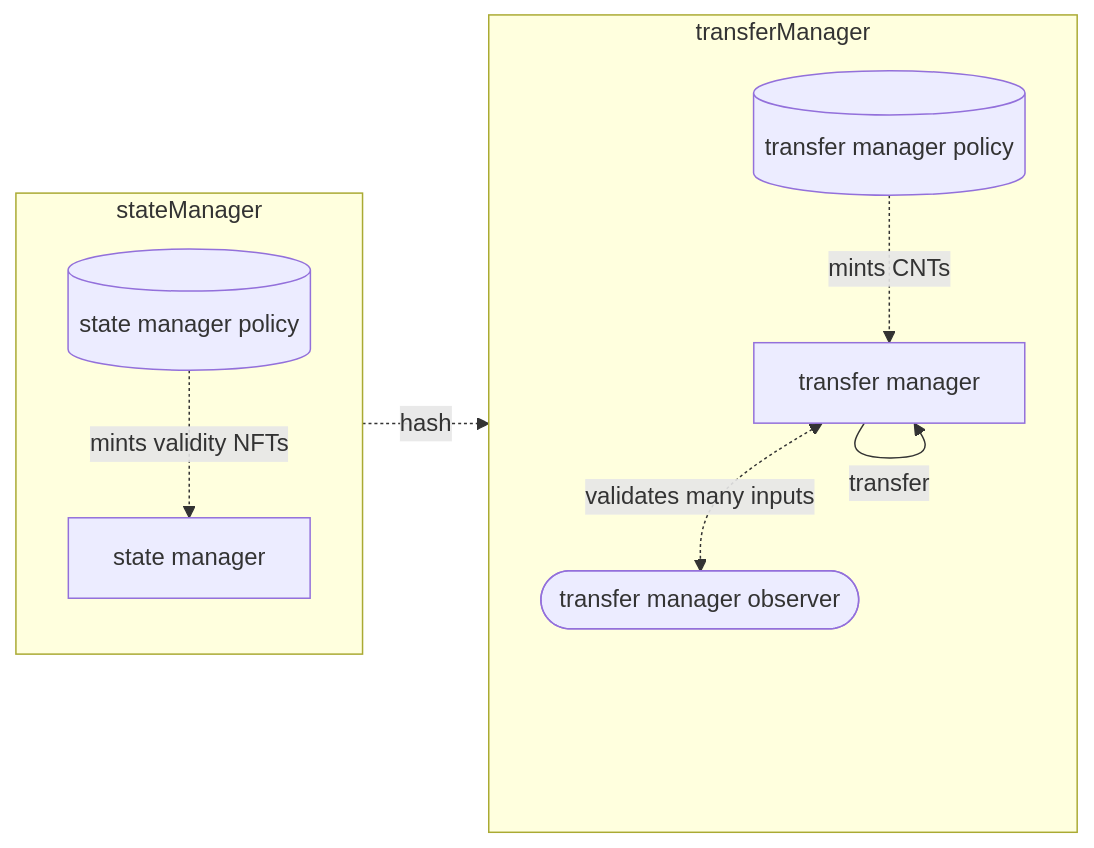
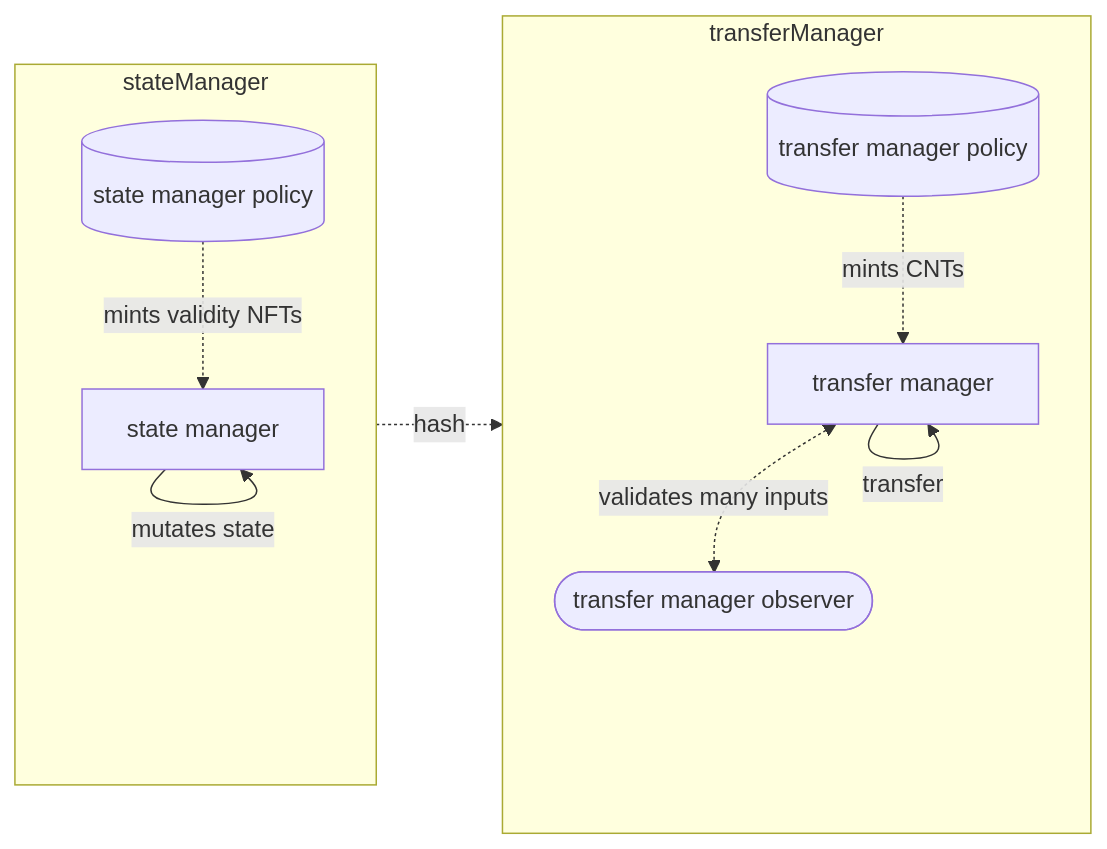
The second of 2 diagrams in CIP-meta-assets (ERC20-like assets)/README.md (cardano-foundation/CIPs), drawn with Mermaid before and after one commit.

Commit message:
add state mutation

````diff
--- a/CIP-meta-assets (ERC20-like assets)/README.md
+++ b/CIP-meta-assets (ERC20-like assets)/README.md
@@ -201,26 +201,28 @@
 ```mermaid
 flowchart LR
     subgraph transferManager
         transferManagerPolicy[(transfer manager policy)]
         transferManagerContract[transfer manager]
         transferManagerObserver([transfer manager observer])
 
         transferManagerPolicy -. mints CNTs .-> transferManagerContract
 
         transferManagerContract <-. validates many inputs .-> transferManagerObserver 
 
         transferManagerContract -- transfer --> transferManagerContract
 
     end
 
     subgraph stateManager
         stateManagerPolicy[(state manager policy)]
         stateManagerContract[state manager]
 
         stateManagerPolicy -. mints validity NFTs .-> stateManagerContract
+
+        stateManagerContract -- mutates state --> stateManagerContract
     end
 
     stateManager -. hash .-> transferManager
 
     
 ```
````
